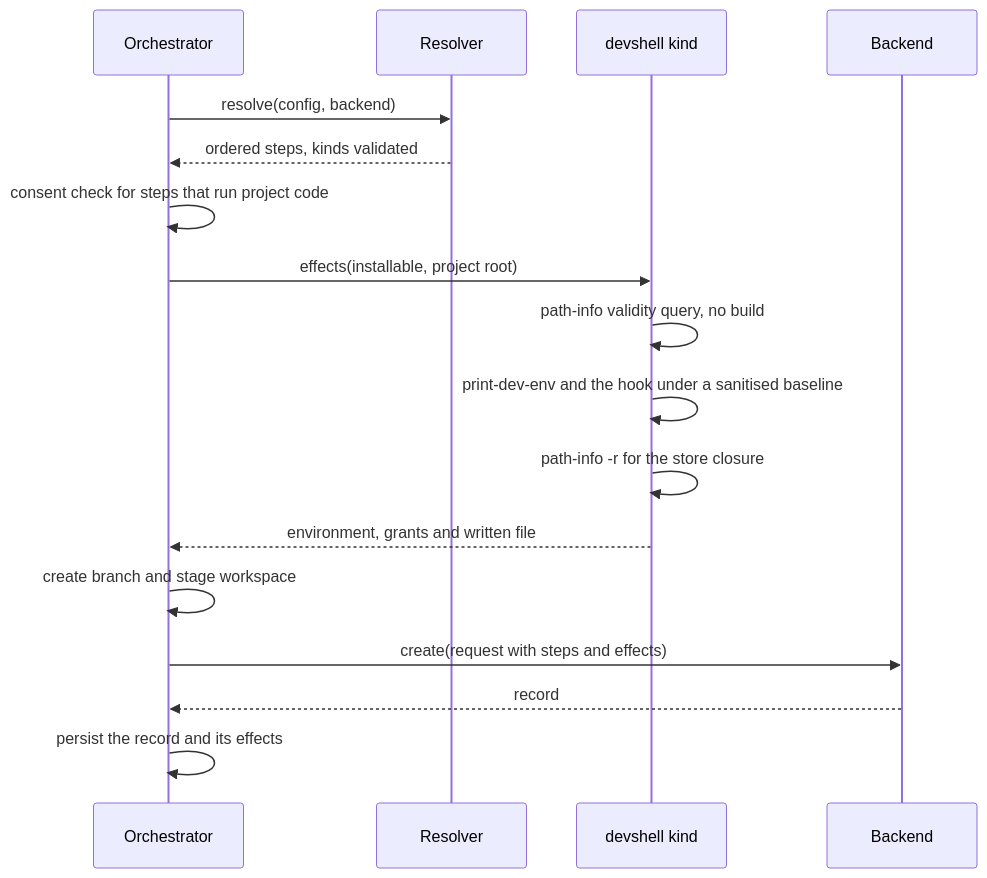
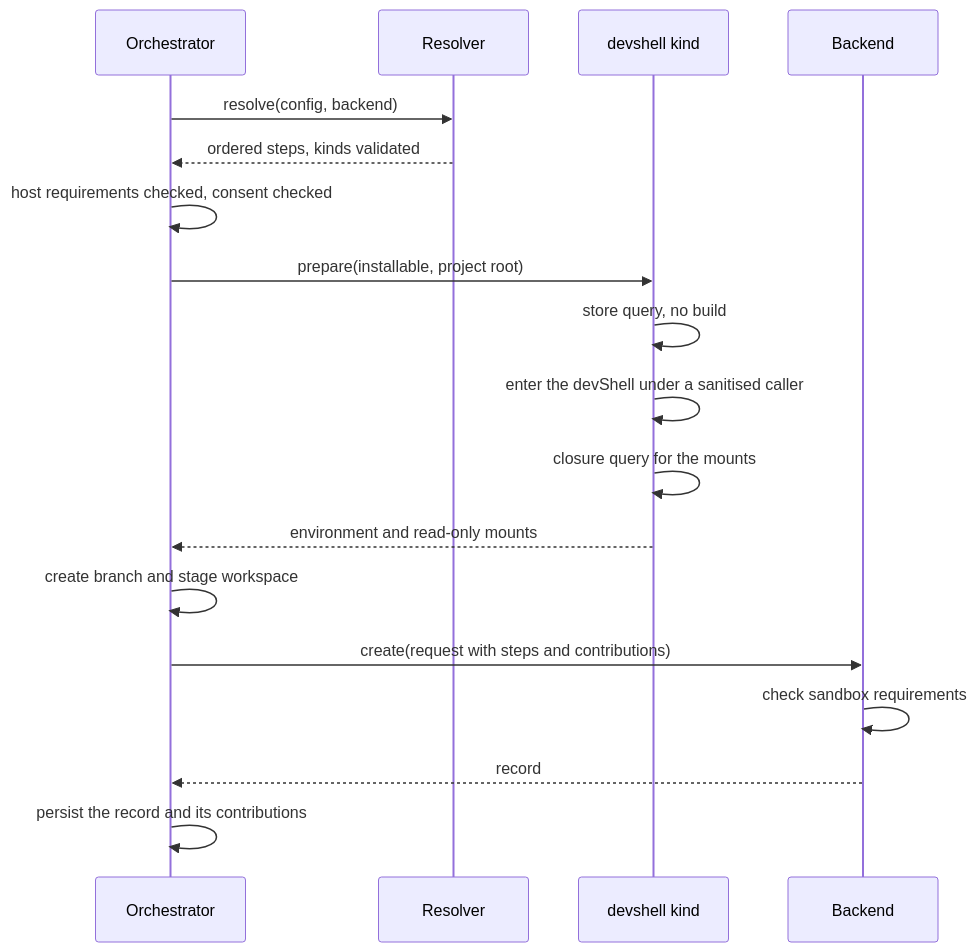
Before and after one commit to throwparty/agentkit: the diagram in adrs/2026-11-07-devshell-environment/create-sequence.mmd, drawn with Mermaid. The commit also changed 7 other files, not shown here.

First line of the commit message:
2026-11-07-devshell-environment: model two kinds, requirements and contributions

```diff
--- a/adrs/2026-11-07-devshell-environment/create-sequence.mmd
+++ b/adrs/2026-11-07-devshell-environment/create-sequence.mmd
@@ -1,17 +1,18 @@
 sequenceDiagram
     participant O as Orchestrator
     participant R as Resolver
     participant D as devshell kind
     participant B as Backend
     O->>R: resolve(config, backend)
     R-->>O: ordered steps, kinds validated
-    O->>O: consent check for steps that run project code
-    O->>D: effects(installable, project root)
-    D->>D: path-info validity query, no build
-    D->>D: print-dev-env and the hook under a sanitised baseline
-    D->>D: path-info -r for the store closure
-    D-->>O: environment, grants and written file
+    O->>O: host requirements checked, consent checked
+    O->>D: prepare(installable, project root)
+    D->>D: store query, no build
+    D->>D: enter the devShell under a sanitised caller
+    D->>D: closure query for the mounts
+    D-->>O: environment and read-only mounts
     O->>O: create branch and stage workspace
-    O->>B: create(request with steps and effects)
+    O->>B: create(request with steps and contributions)
+    B->>B: check sandbox requirements
     B-->>O: record
-    O->>O: persist the record and its effects
+    O->>O: persist the record and its contributions
```
